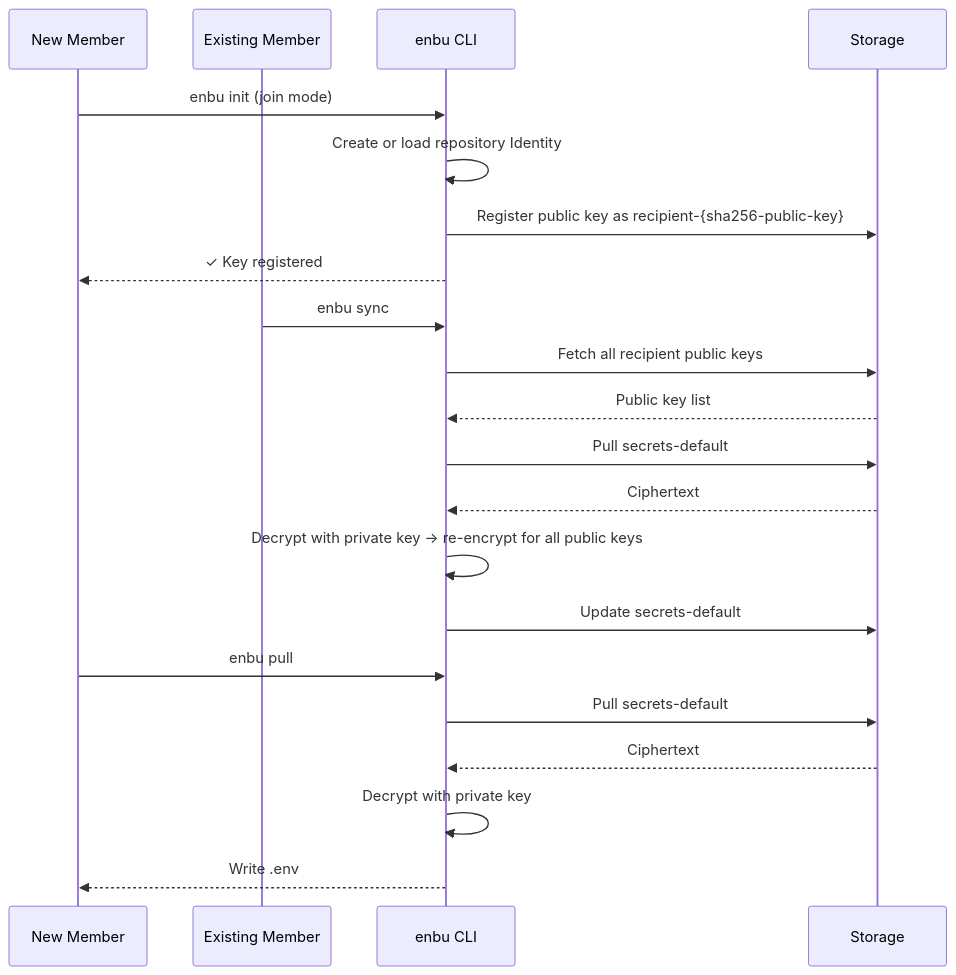
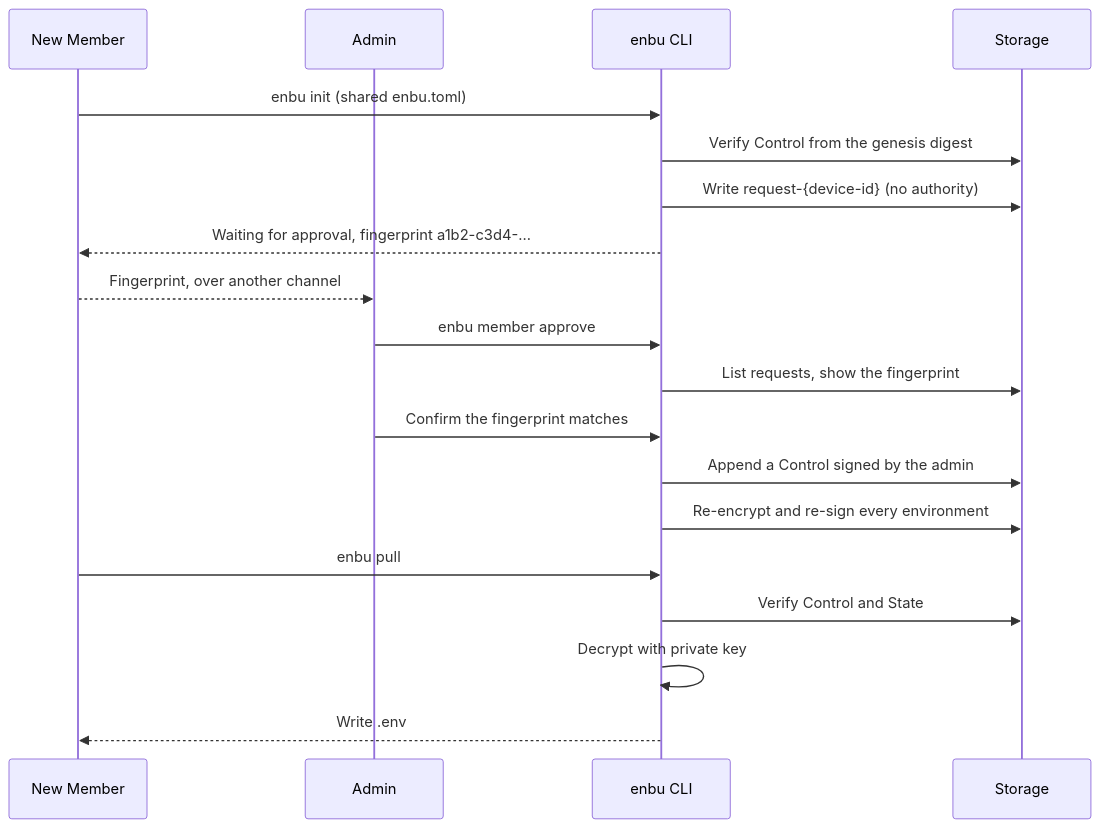
One commit to enbu-net/enbu changed the third of 3 diagrams in README.md. Above: the diagram before and after it, drawn with Mermaid. The commit also changed other lines of this file and 1 other file, not shown here.

Commit message:
docs(readme): describe signed control and device approval flow (#398)

````diff
--- a/README.md
+++ b/README.md
@@ -283,26 +317,24 @@
 ```mermaid
 sequenceDiagram
     participant New as New Member
-    participant Member as Existing Member
+    participant Admin as Admin
     participant CLI as enbu CLI
     participant GHCR as Storage
 
-    New->>CLI: enbu init (join mode)
-    CLI->>CLI: Create or load repository Identity
-    CLI->>GHCR: Register public key as recipient-{sha256-public-key}
-    CLI-->>New: ✓ Key registered
+    New->>CLI: enbu init (shared enbu.toml)
+    CLI->>GHCR: Verify Control from the genesis digest
+    CLI->>GHCR: Write request-{device-id} (no authority)
+    CLI-->>New: Waiting for approval, fingerprint a1b2-c3d4-...
 
-    Member->>CLI: enbu sync
-    CLI->>GHCR: Fetch all recipient public keys
-    GHCR-->>CLI: Public key list
-    CLI->>GHCR: Pull secrets-default
-    GHCR-->>CLI: Ciphertext
-    CLI->>CLI: Decrypt with private key → re-encrypt for all public keys
-    CLI->>GHCR: Update secrets-default
+    New-->>Admin: Fingerprint, over another channel
+    Admin->>CLI: enbu member approve
+    CLI->>GHCR: List requests, show the fingerprint
+    Admin->>CLI: Confirm the fingerprint matches
+    CLI->>GHCR: Append a Control signed by the admin
+    CLI->>GHCR: Re-encrypt and re-sign every environment
 
     New->>CLI: enbu pull
-    CLI->>GHCR: Pull secrets-default
-    GHCR-->>CLI: Ciphertext
+    CLI->>GHCR: Verify Control and State
     CLI->>CLI: Decrypt with private key
     CLI-->>New: Write .env
 ```
````
